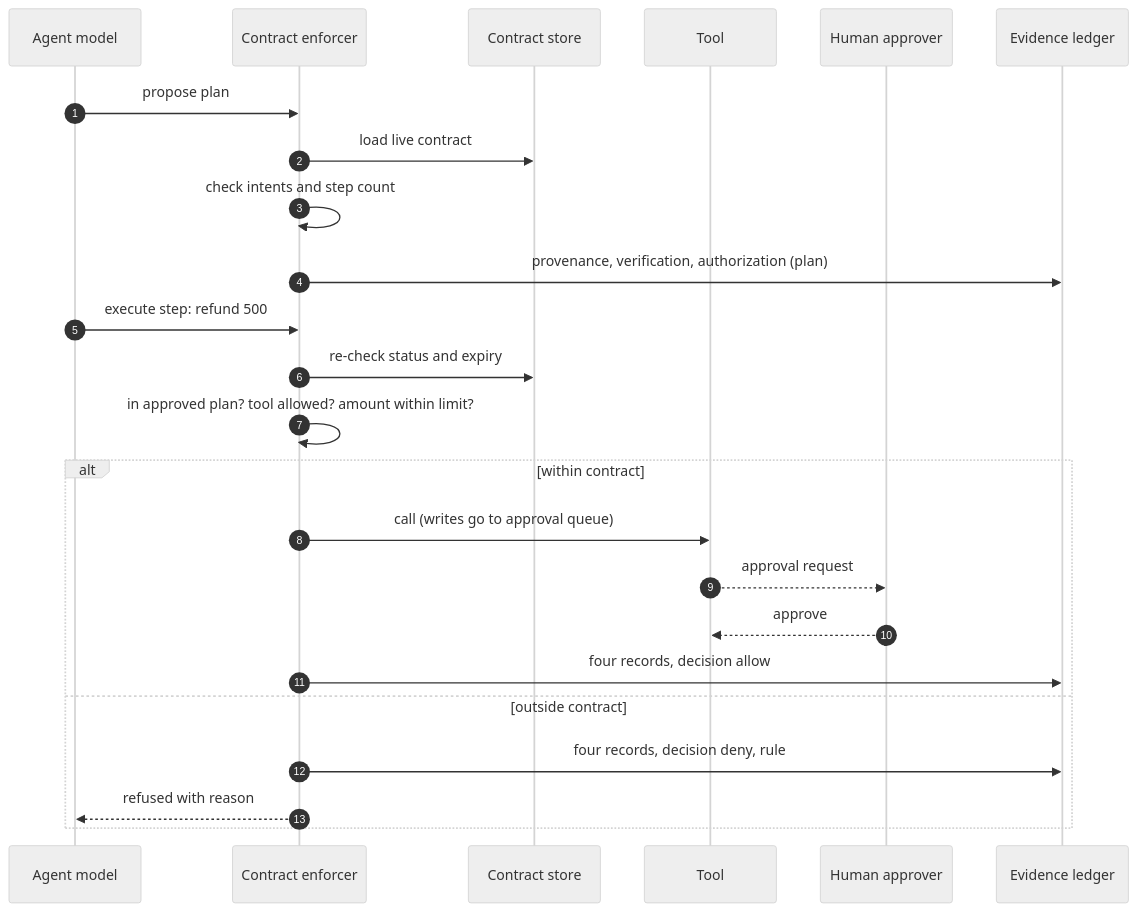
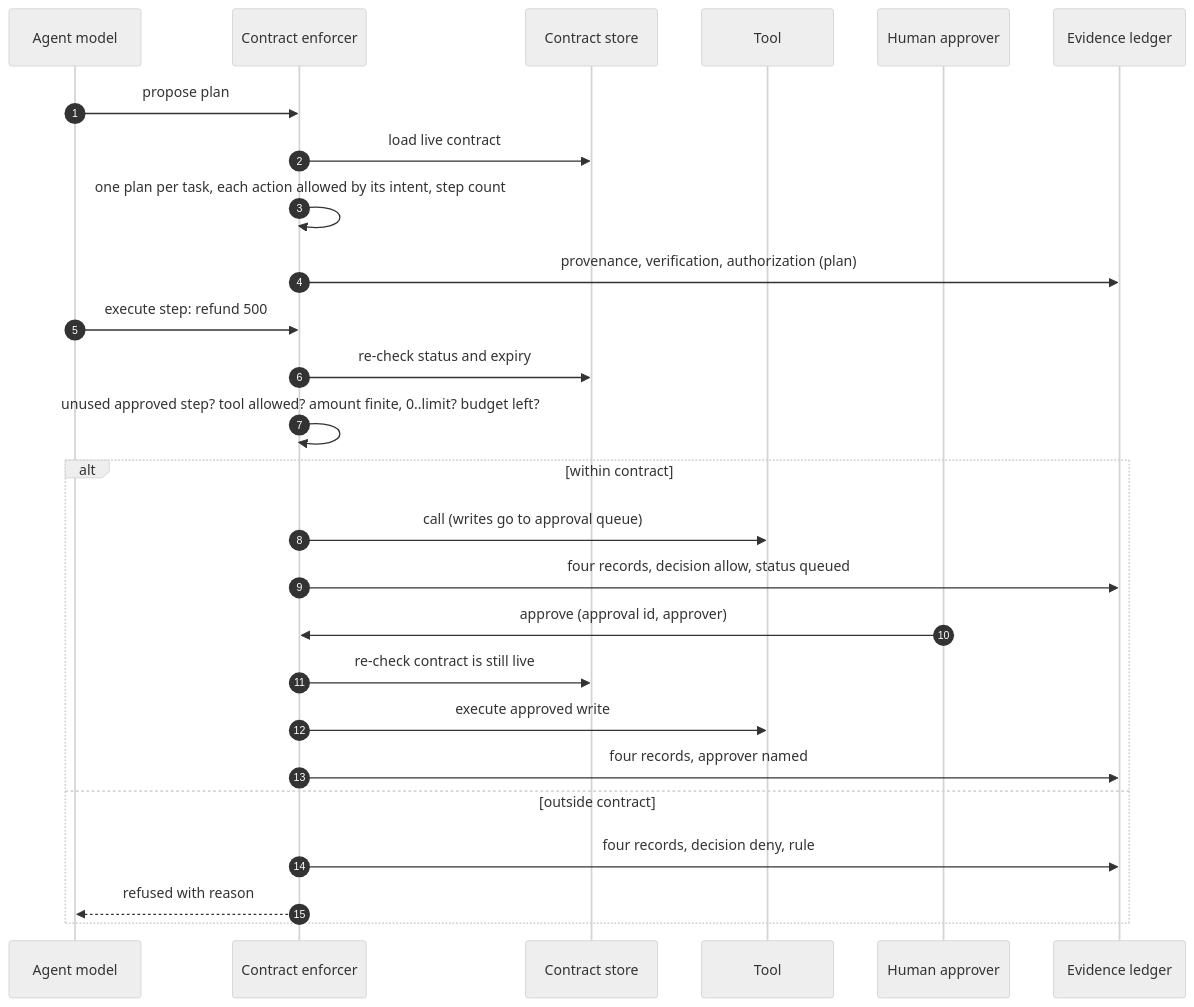
One commit to EdwardSuresh/enterprise-ai-architecture-blueprint changed the second of 2 diagrams in 02-architecture/agent-contracts.md. Above: the diagram before and after it, drawn with Mermaid (neutral theme). The commit also changed other lines of this file and 13 other files, not shown here.

````diff
--- a/02-architecture/agent-contracts.md
+++ b/02-architecture/agent-contracts.md
@@ -56,26 +56,28 @@
 ```mermaid
 sequenceDiagram
   autonumber
   participant A as Agent model
   participant E as Contract enforcer
   participant C as Contract store
   participant T as Tool
   participant H as Human approver
   participant L as Evidence ledger
   A->>E: propose plan
   E->>C: load live contract
-  E->>E: check intents and step count
+  E->>E: one plan per task, each action allowed by its intent, step count
   E->>L: provenance, verification, authorization (plan)
   A->>E: execute step: refund 500
   E->>C: re-check status and expiry
-  E->>E: in approved plan? tool allowed? amount within limit?
+  E->>E: unused approved step? tool allowed? amount finite, 0..limit? budget left?
   alt within contract
     E->>T: call (writes go to approval queue)
-    T-->>H: approval request
-    H-->>T: approve
-    E->>L: four records, decision allow
+    E->>L: four records, decision allow, status queued
+    H->>E: approve (approval id, approver)
+    E->>C: re-check contract is still live
+    E->>T: execute approved write
+    E->>L: four records, approver named
   else outside contract
     E->>L: four records, decision deny, rule
     E-->>A: refused with reason
   end
 ```
````
